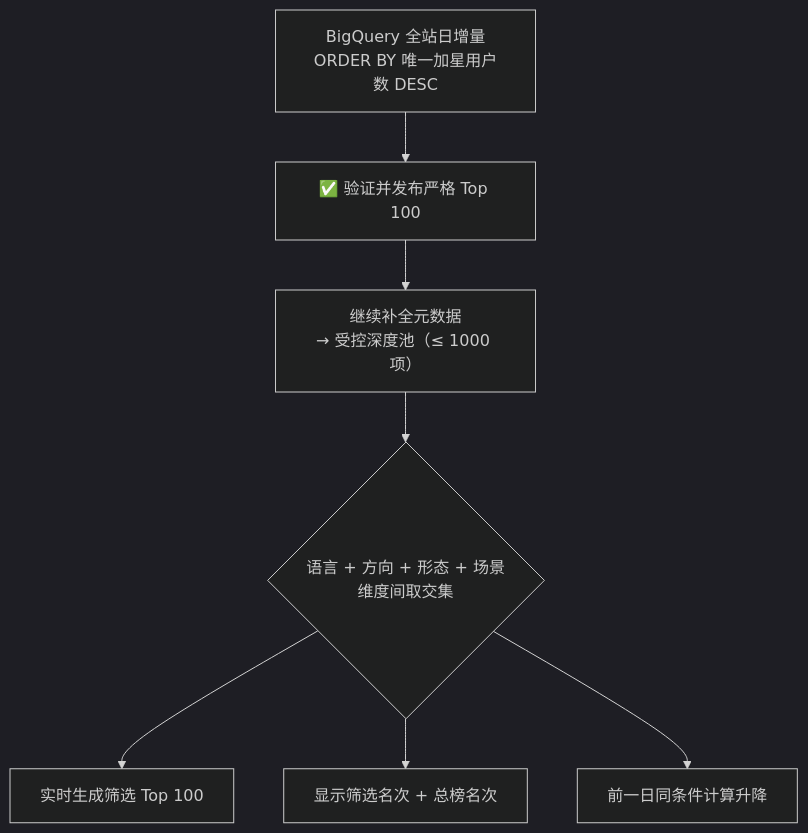
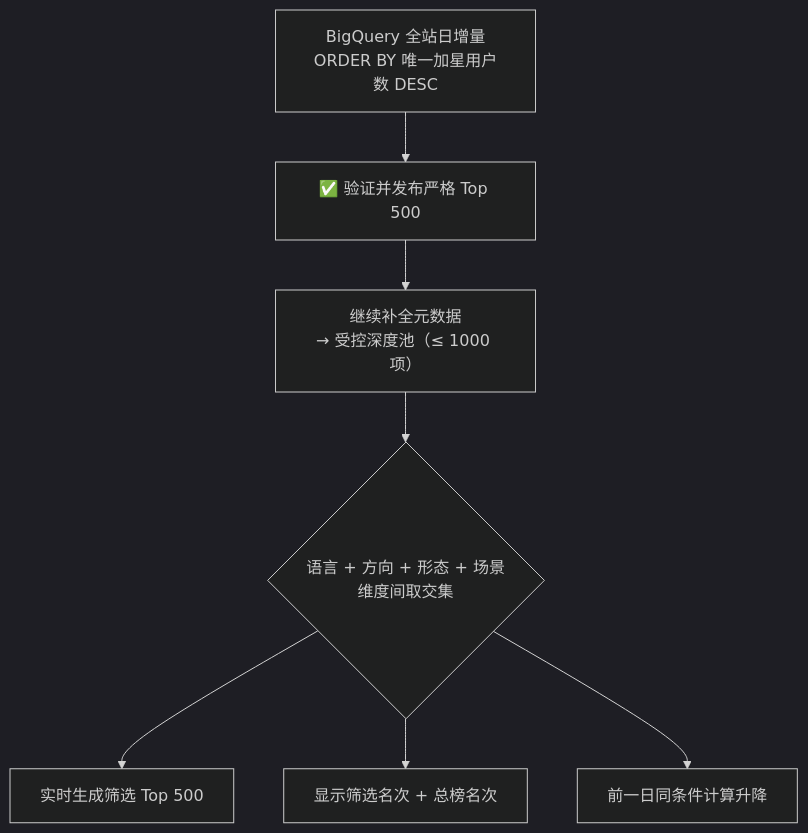
One commit to 728792899-create/open-source-star-rank changed the second of 2 diagrams in README.md. Above: the diagram before and after it, drawn with Mermaid (dark theme). The commit also changed other lines of this file and 50 other files, not shown here.

````diff
--- a/README.md
+++ b/README.md
@@ -100,9 +100,9 @@
 ```mermaid
 flowchart TD
-    Q["BigQuery 全站日增量<br/>ORDER BY 唯一加星用户数 DESC"] --> T["✅ 验证并发布严格 Top 100"]
+    Q["BigQuery 全站日增量<br/>ORDER BY 唯一加星用户数 DESC"] --> T["✅ 验证并发布严格 Top 500"]
     T --> P["继续补全元数据<br/>→ 受控深度池（≤ 1000 项）"]
     P --> SPLIT{"语言 + 方向 + 形态 + 场景<br/>维度间取交集"}
-    SPLIT --> L["实时生成筛选 Top 100"]
+    SPLIT --> L["实时生成筛选 Top 500"]
     SPLIT --> D["显示筛选名次 + 总榜名次"]
     SPLIT --> F["前一日同条件计算升降"]
 ```
````
